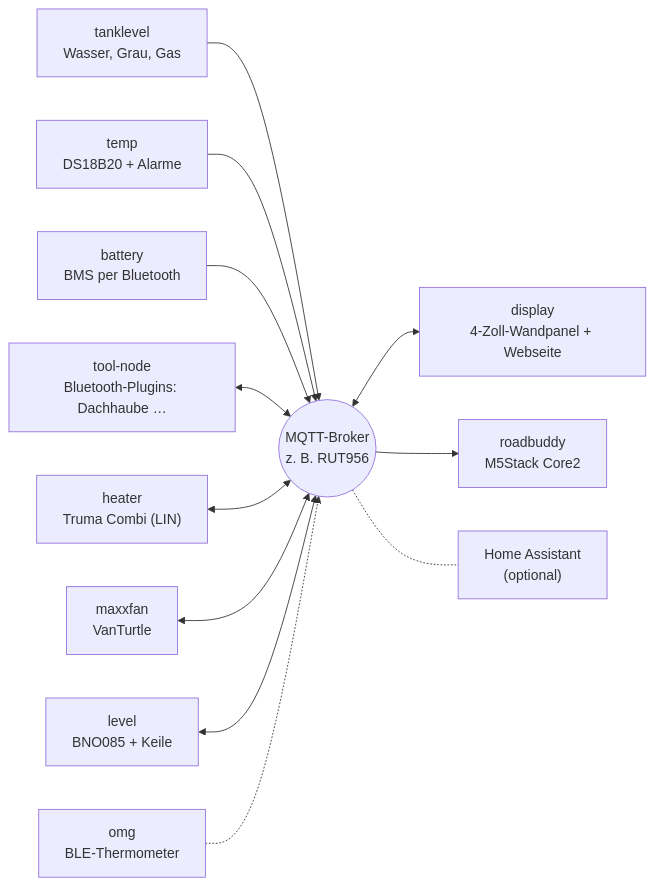
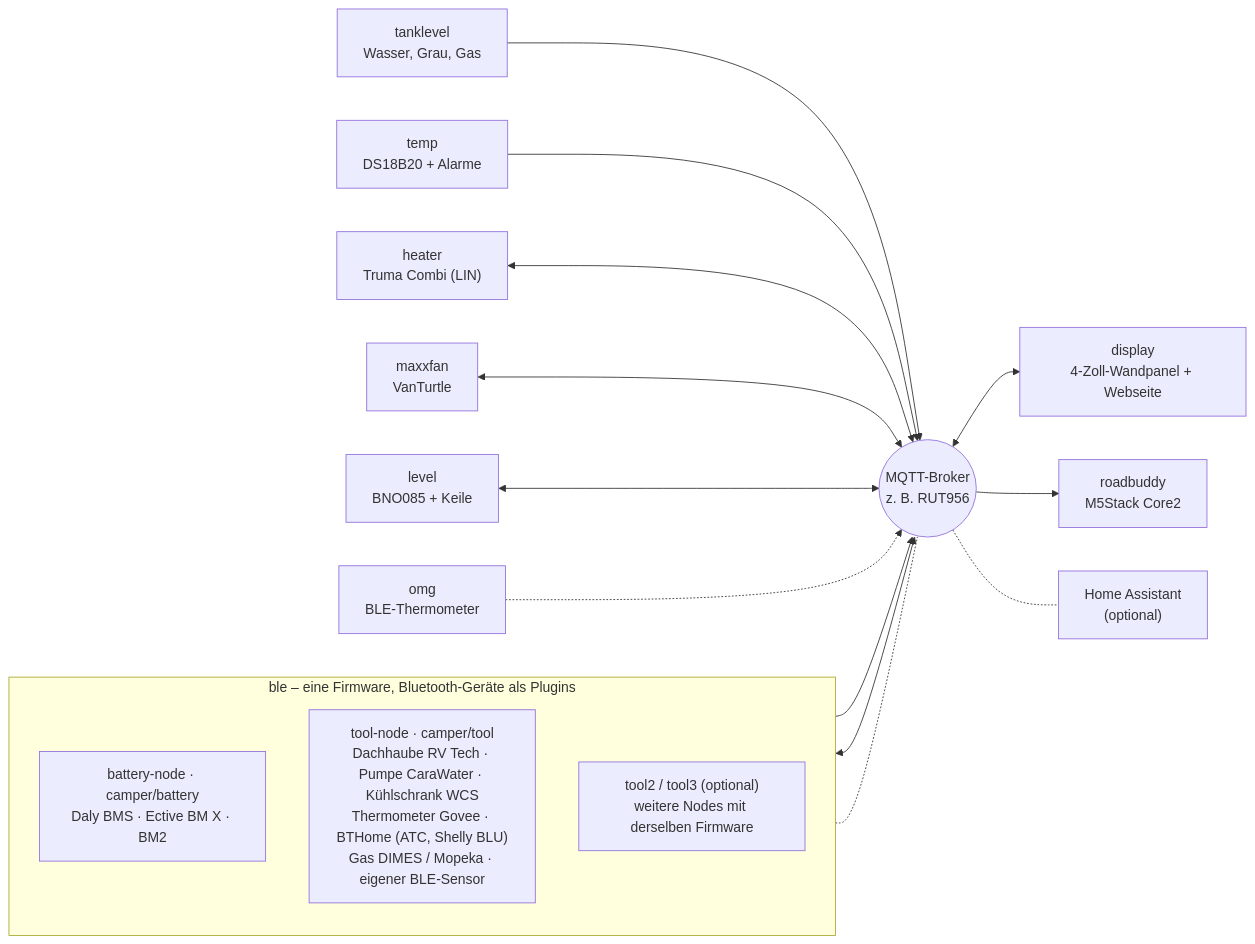
The diagram in README.de.md (hflocki/vannode), drawn with Mermaid before and after one commit. The commit also changed other lines of this file and 1 other file, not shown here.

Commit message:
README: diagram with one ble firmware (battery-node, tool-node, tool2/3)

````diff
--- a/README.de.md
+++ b/README.de.md
@@ -27,15 +27,22 @@
 ```mermaid
 flowchart LR
   broker(("MQTT-Broker<br/>z. B. RUT956"))
   tank["tanklevel<br/>Wasser, Grau, Gas"] --> broker
   temp["temp<br/>DS18B20 + Alarme"] --> broker
-  bat["battery<br/>BMS per Bluetooth"] --> broker
-  tool["tool-node<br/>Bluetooth-Plugins: Dachhaube …"] <--> broker
+  subgraph ble["ble – eine Firmware, Bluetooth-Geräte als Plugins"]
+    direction TB
+    bat["battery-node · camper/battery<br/>Daly BMS · Ective BM X · BM2"]
+    tool["tool-node · camper/tool<br/>Dachhaube RV Tech · Pumpe CaraWater · Kühlschrank WCS<br/>Thermometer Govee · BTHome (ATC, Shelly BLU)<br/>Gas DIMES / Mopeka · eigener BLE-Sensor"]
+    more["tool2 / tool3 (optional)<br/>weitere Nodes mit derselben Firmware"]
+  end
+  bat --> broker
+  tool <--> broker
+  more -.- broker
   heater["heater<br/>Truma Combi (LIN)"] <--> broker
   fan["maxxfan<br/>VanTurtle"] <--> broker
   level["level<br/>BNO085 + Keile"] <--> broker
   omg["omg<br/>BLE-Thermometer"] -.-> broker
   broker <--> display["display<br/>4-Zoll-Wandpanel + Webseite"]
   broker --> rb["roadbuddy<br/>M5Stack Core2"]
   broker -.- ha["Home Assistant<br/>(optional)"]
 ```
````
